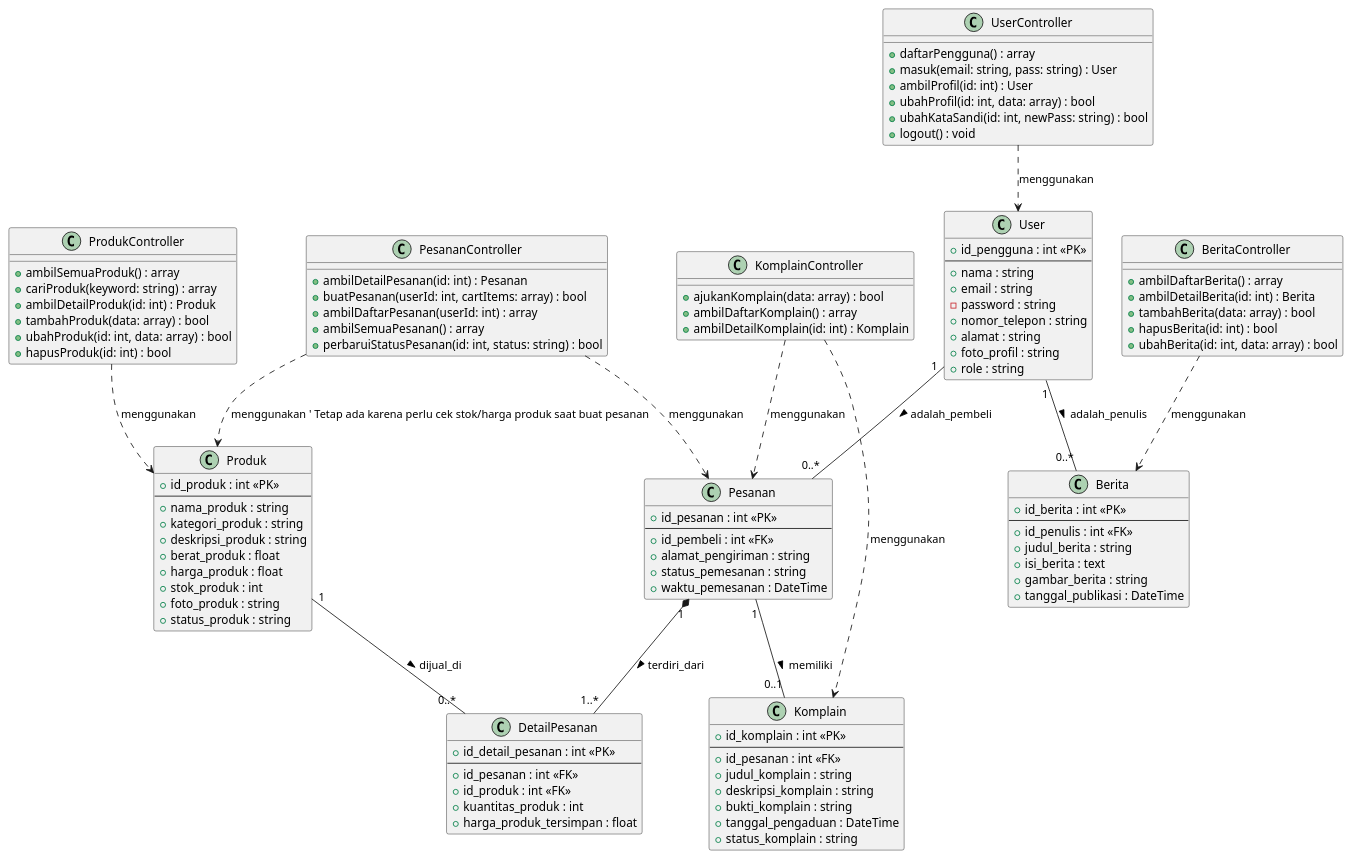
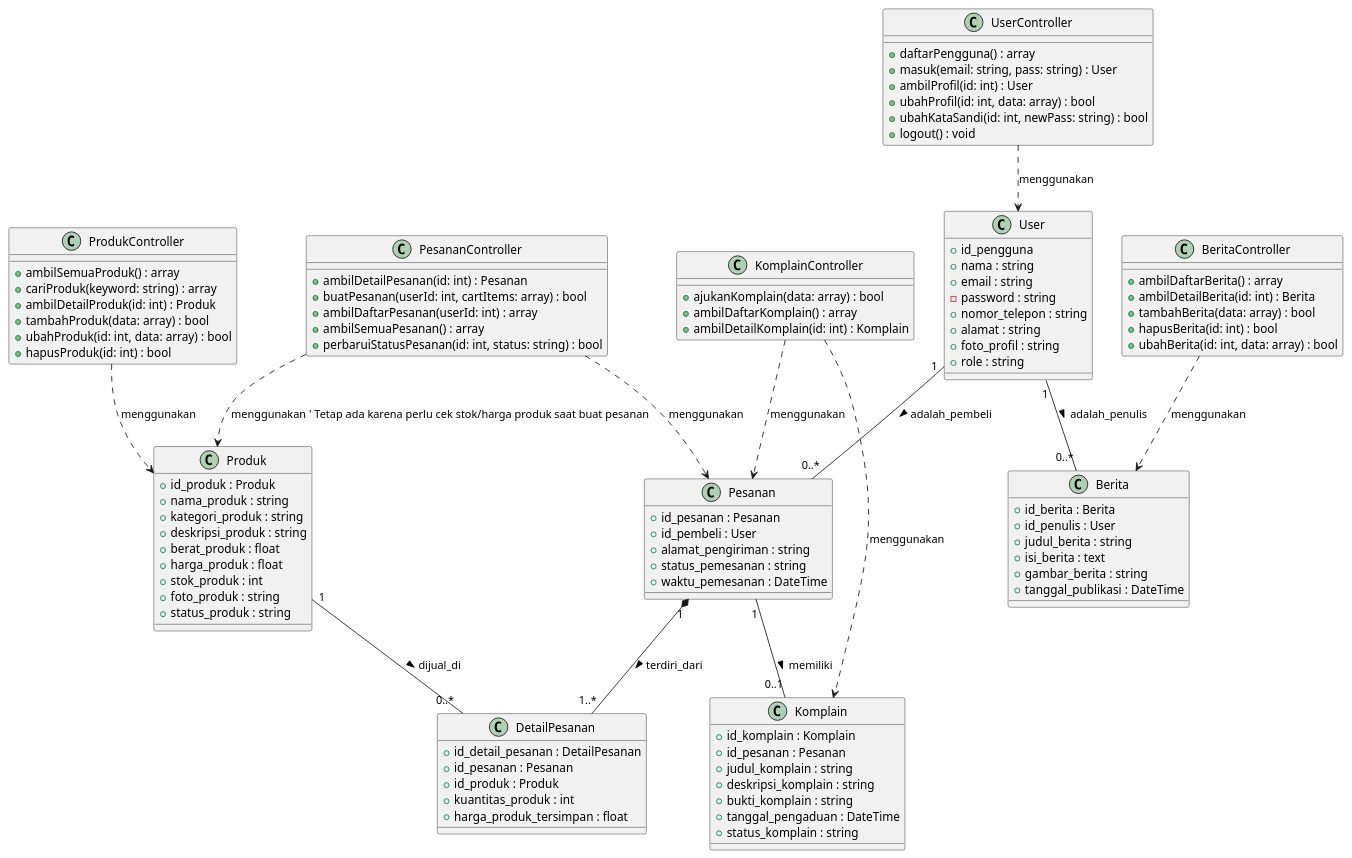
Before and after one commit to alfiahnurfa/RSI-PROYEK-AKHIR-SEQUENCE: the diagram in CD-02.PUML, drawn with PlantUML. The commit also changed 1 other file, not shown here.

```diff
--- a/CD-02.PUML
+++ b/CD-02.PUML
@@ -1,141 +1,135 @@
 @startuml
 skinparam ClassAttributeIconStyle none
 
 ' ---------------------------------
 ' Kelas Model (Tanpa Metode)
 ' ---------------------------------
 class User {
-  + id_pengguna : int <<PK>>
-  --
+  + id_pengguna
   + nama : string
   + email : string
   - password : string
   + nomor_telepon : string
   + alamat : string
   + foto_profil : string
   + role : string
 }
 
 class Produk {
-  + id_produk : int <<PK>>
-  --
+  + id_produk : Produk 
   + nama_produk : string
   + kategori_produk : string
   + deskripsi_produk : string
   + berat_produk : float
   + harga_produk : float
   + stok_produk : int
   + foto_produk : string
   + status_produk : string
 }
 
 class Pesanan {
-  + id_pesanan : int <<PK>>
-  --
-  + id_pembeli : int <<FK>>
+  + id_pesanan : Pesanan 
+  + id_pembeli : User 
   + alamat_pengiriman : string
   + status_pemesanan : string
   + waktu_pemesanan : DateTime
 }
 
 class DetailPesanan {
-  + id_detail_pesanan : int <<PK>>
-  --
-  + id_pesanan : int <<FK>>
-  + id_produk : int <<FK>>
+  + id_detail_pesanan : DetailPesanan 
+  + id_pesanan : Pesanan 
+  + id_produk : Produk 
   + kuantitas_produk : int
   + harga_produk_tersimpan : float
 }
 
 class Komplain {
-  + id_komplain : int <<PK>>
-  --
-  + id_pesanan : int <<FK>>
+  + id_komplain : Komplain 
+  + id_pesanan : Pesanan 
   + judul_komplain : string
   + deskripsi_komplain : string
   + bukti_komplain : string
   + tanggal_pengaduan : DateTime
   + status_komplain : string
 }
 
 class Berita {
-  + id_berita : int <<PK>>
-  --
-  + id_penulis : int <<FK>>
+  + id_berita : Berita 
+  + id_penulis : User
   + judul_berita : string
   + isi_berita : text
   + gambar_berita : string
   + tanggal_publikasi : DateTime
 }
 
 ' ---------------------------------
 ' Kelas Controller (Logika Bisnis)
 ' ---------------------------------
 class UserController {
   + daftarPengguna() : array
   + masuk(email: string, pass: string) : User
   + ambilProfil(id: int) : User
   + ubahProfil(id: int, data: array) : bool
   + ubahKataSandi(id: int, newPass: string) : bool
   + logout() : void
 }
 
 class ProdukController {
   + ambilSemuaProduk() : array
   + cariProduk(keyword: string) : array
   + ambilDetailProduk(id: int) : Produk
   + tambahProduk(data: array) : bool
   + ubahProduk(id: int, data: array) : bool
   + hapusProduk(id: int) : bool
 }
 
 class PesananController {
   + ambilDetailPesanan(id: int) : Pesanan
   + buatPesanan(userId: int, cartItems: array) : bool
   + ambilDaftarPesanan(userId: int) : array
   + ambilSemuaPesanan() : array
   + perbaruiStatusPesanan(id: int, status: string) : bool
 }
 
 class KomplainController {
   + ajukanKomplain(data: array) : bool
   + ambilDaftarKomplain() : array
   + ambilDetailKomplain(id: int) : Komplain
 }
 
 class BeritaController {
   + ambilDaftarBerita() : array
   + ambilDetailBerita(id: int) : Berita
   + tambahBerita(data: array) : bool
   + hapusBerita(id: int) : bool
   + ubahBerita(id: int, data: array) : bool
 }
 
 ' ---------------------------------
 ' Hubungan Model-Model (Asosiasi & Komposisi)
 ' ---------------------------------
 User "1" -- "0..*" Pesanan : adalah_pembeli >
 User "1" -- "0..*" Berita : adalah_penulis >
 
 Pesanan "1" *-- "1..*" DetailPesanan : terdiri_dari >
 Produk "1" -- "0..*" DetailPesanan : dijual_di >
 
 Pesanan "1" -- "0..1" Komplain : memiliki >
 
 ' ---------------------------------
 ' Hubungan Controller-Model (Dependensi)
 ' Diperbarui: PesananController menggunakan Pesanan dan DetailPesanan
 ' ---------------------------------
 UserController ..> User : menggunakan
 ProdukController ..> Produk : menggunakan
 
 PesananController ..> Pesanan : menggunakan
 ' **PesananController ..> DetailPesanan : menggunakan**
 PesananController ..> Produk : menggunakan ' Tetap ada karena perlu cek stok/harga produk saat buat pesanan
 
 KomplainController ..> Komplain : menggunakan
 KomplainController ..> Pesanan : menggunakan
 
 BeritaController ..> Berita : menggunakan
 
 @enduml
```
